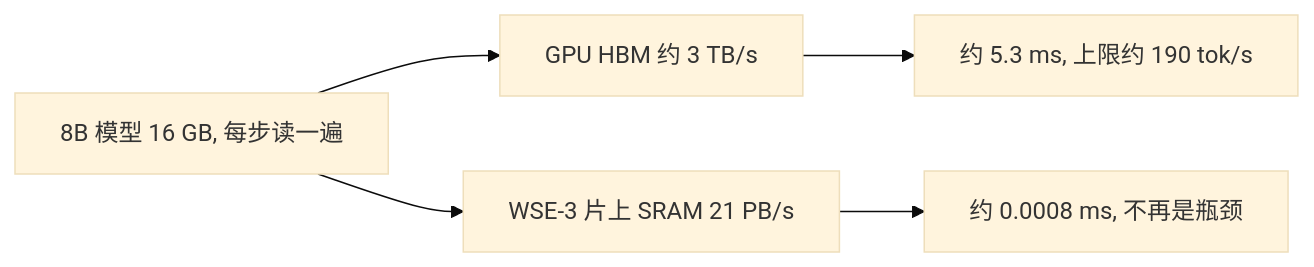
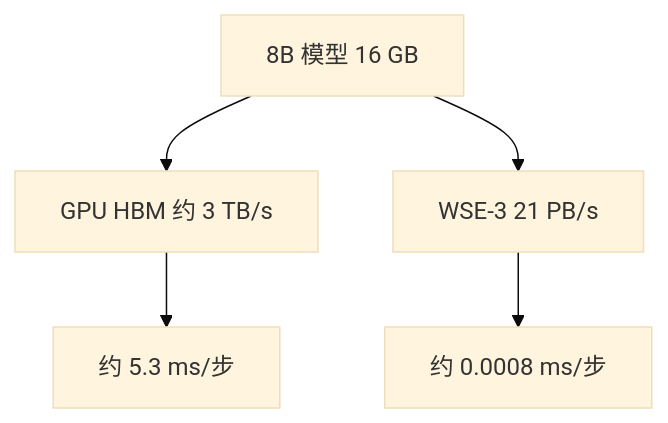
The diagram in vault/interviews/companies/cerebras/deck/cards/company/cbr-company-decode-bandwidth.md (ChiChasesCheese/trellis), drawn with Mermaid (base theme) before and after one commit. The commit also changed 27 other files, not shown here.

First line of the commit message:
Cerebras HM prep: phone-sized diagrams and two corrected facts in the 100 cards for the hiring-manager round

````diff
--- a/vault/interviews/companies/cerebras/deck/cards/company/cbr-company-decode-bandwidth.md
+++ b/vault/interviews/companies/cerebras/deck/cards/company/cbr-company-decode-bandwidth.md
@@ -19,7 +19,7 @@
 ```mermaid
-flowchart LR
-    P["8B 模型 16 GB, 每步读一遍"] --> G["GPU HBM 约 3 TB/s"]
-    P --> W["WSE-3 片上 SRAM 21 PB/s"]
-    G --> G2["约 5.3 ms, 上限约 190 tok/s"]
-    W --> W2["约 0.0008 ms, 不再是瓶颈"]
+flowchart TD
+    P["8B 模型 16 GB"] --> G["GPU HBM 约 3 TB/s"]
+    P --> W["WSE-3 21 PB/s"]
+    G --> G2["约 5.3 ms/步"]
+    W --> W2["约 0.0008 ms/步"]
 ```
````
